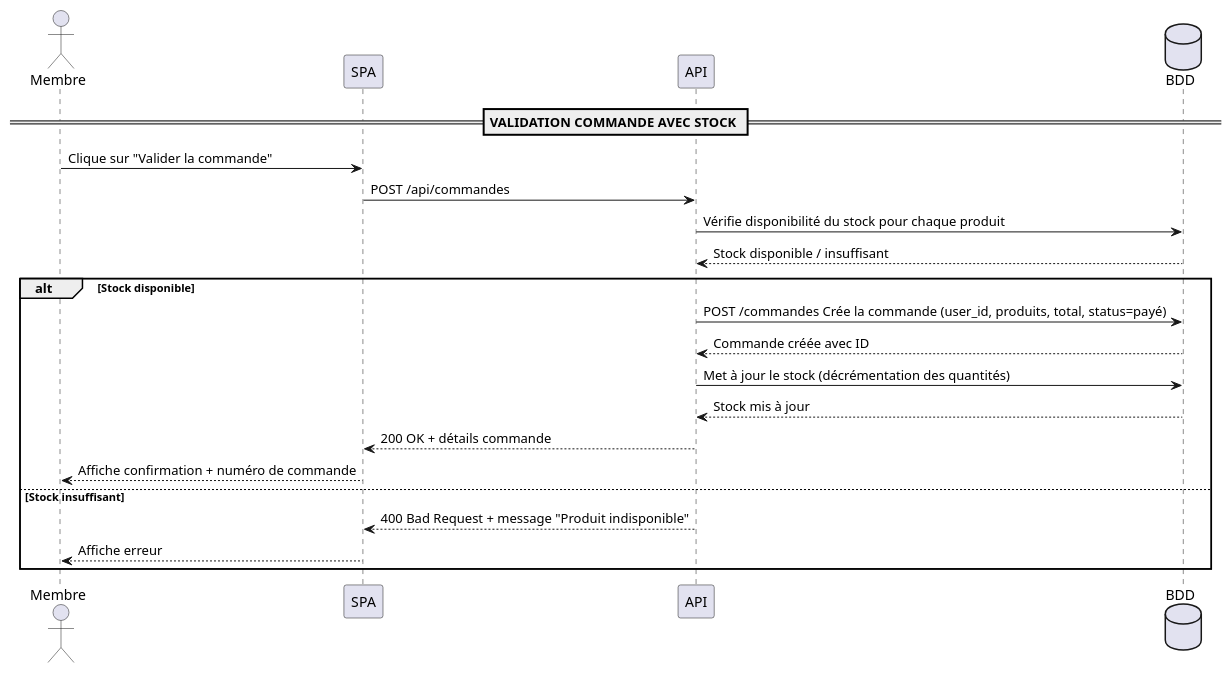
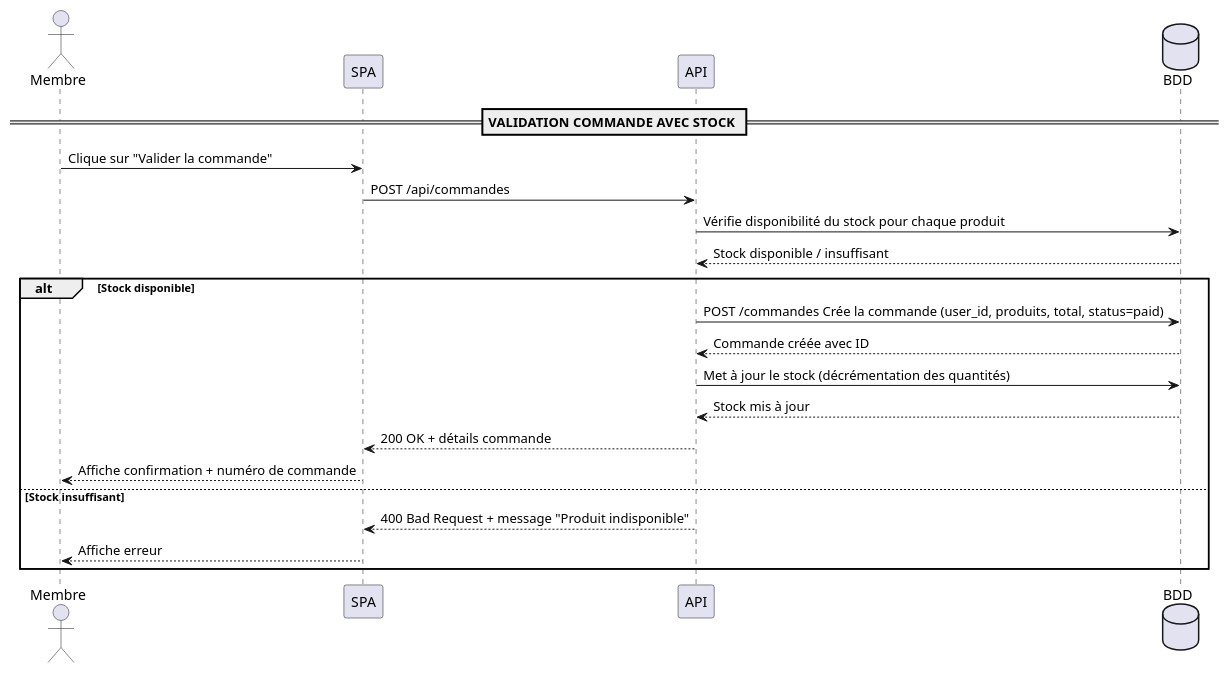
The diagram in UML/[sequence]/validation-panier.puml (Salyarket/GreenRoots-Conception), drawn with PlantUML before and after one commit. The commit also changed 32 other files, not shown here.

Commit message:
chores: ui files and merise uml replaced

```diff
--- a/UML/[sequence]/validation-panier.puml
+++ b/UML/[sequence]/validation-panier.puml
@@ -1,30 +1,30 @@
 @startuml CommandeMVPStock
 
 actor Membre
 participant SPA
 participant API
 database BDD
 
 == VALIDATION COMMANDE AVEC STOCK ==
 
 Membre -> SPA : Clique sur "Valider la commande"
 SPA -> API : POST /api/commandes
 
 API -> BDD : Vérifie disponibilité du stock pour chaque produit
 BDD --> API : Stock disponible / insuffisant
 
 alt Stock disponible
-    API -> BDD : POST /commandes Crée la commande (user_id, produits, total, status=payé)
+    API -> BDD : POST /commandes Crée la commande (user_id, produits, total, status=paid)
     BDD --> API : Commande créée avec ID
 
     API -> BDD : Met à jour le stock (décrémentation des quantités)
     BDD --> API : Stock mis à jour
 
     API --> SPA : 200 OK + détails commande
     SPA --> Membre : Affiche confirmation + numéro de commande
 else Stock insuffisant
     API --> SPA : 400 Bad Request + message "Produit indisponible"
     SPA --> Membre : Affiche erreur
 end
 
 @enduml
```
